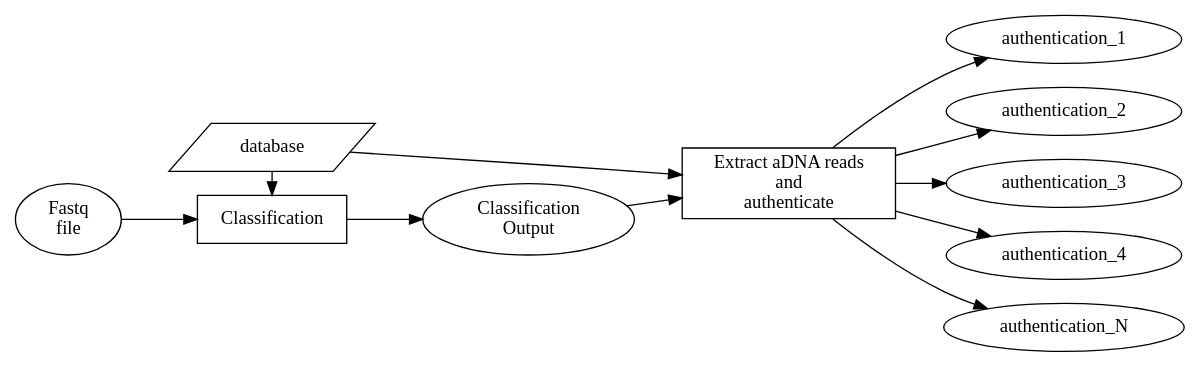
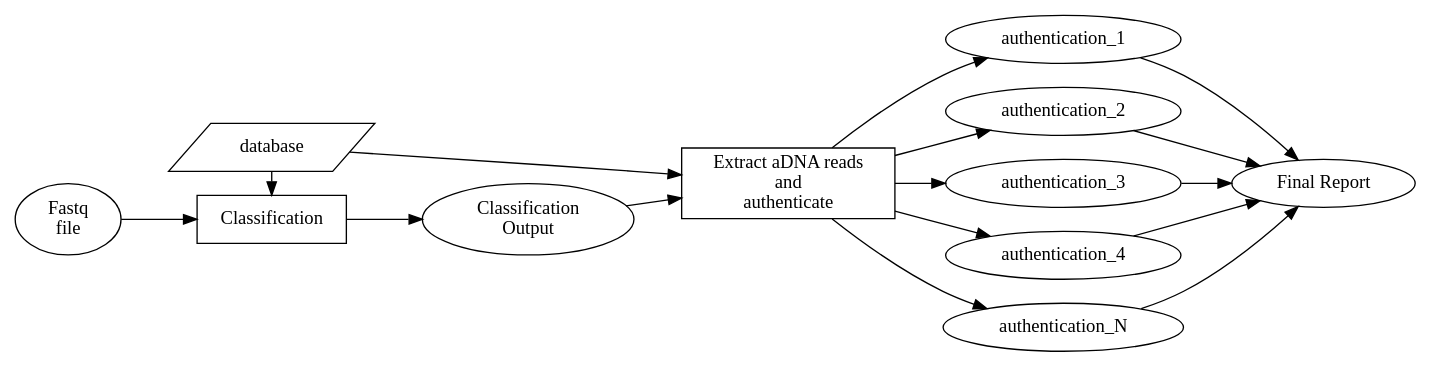
One commit to emrahkirdok/emrahkirdok.github.io changed the third of 3 diagrams in presentations/2023-04-19-cpg/index.qmd. Above: the diagram before and after it, drawn with Graphviz. The commit also changed other lines of this file, not shown here.

````diff
--- a/presentations/2023-04-19-cpg/index.qmd
+++ b/presentations/2023-04-19-cpg/index.qmd
@@ -129,20 +128,21 @@
 ```{dot}
 // fig-cap: "A simple representation of input and outputs"
 
 digraph g { 
     rankdir = LR;
     fastq [label = "Fastq\nfile"];
     output [label = "Classification\nOutput"]
     classification [label = "Classification", shape = "box"]
     authentication [label = "Extract aDNA reads\nand\nauthenticate", shape = "box"]
 
     database [labels = "Database", shape = "parallelogram"];
 
     fastq -> classification -> output;
     database -> classification;
     {rank = same; database; classification};
     output -> authentication;
     database -> authentication;
-    authentication -> {authentication_1, authentication_2, authentication_3, authentication_4, authentication_N}
+    authentication -> {authentication_1, authentication_2, authentication_3, authentication_4, authentication_N};
+    {authentication_1, authentication_2, authentication_3, authentication_4, authentication_N} -> "Final Report"
 } 
 ```
````
